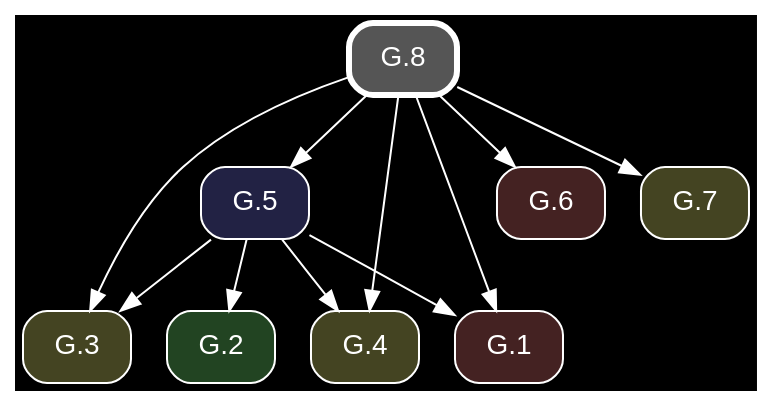
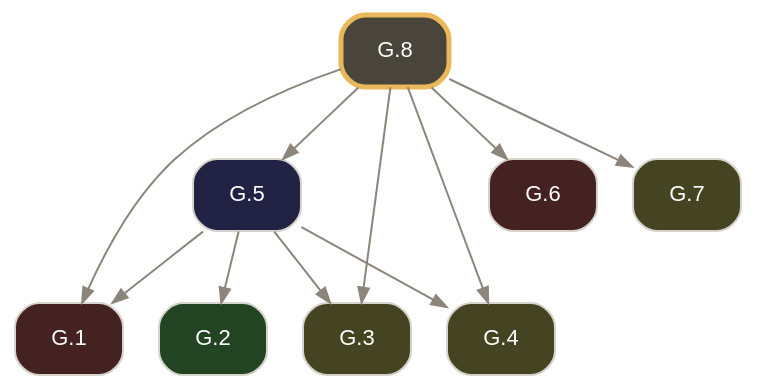
Before and after one commit to geometor/elements: the diagram in docsrc/elements2/G.8/index.rst, drawn with Graphviz. The commit also changed other lines of this file and 261 other files, not shown here.

Commit message:
feat: rebuild Elements 2.0 G-Index pipeline from composed Euclid Heath edition (v0.3.0)

```diff
--- a/docsrc/elements2/G.8/index.rst
+++ b/docsrc/elements2/G.8/index.rst
@@ -88,26 +81,26 @@
 .. graphviz::
 
    digraph {
-     bgcolor="black";
-     node [shape=box, style="rounded,filled", fontname="Helvetica", color="white", fontcolor="white"];
-     edge [color="white", fontcolor="white"];
+     bgcolor="transparent";
+     node [shape=box, style="rounded,filled", fontname="Helvetica", fontsize=11, color="#d6d3cd", fontcolor="#ffffff"];
+     edge [color="#8c857b", fontcolor="#8c857b", arrowsize=0.75];
      rankdir="TB";
-     "G.3" [label="G.3", fillcolor="#444422", URL="/elements2/G.3/", target="_top"];
-     "G.8" [label="G.8", penwidth=3, color="white", fillcolor="#555555", URL="/elements2/G.8/", target="_top"];
-     "G.5" [label="G.5", fillcolor="#222244", URL="/elements2/G.5/", target="_top"];
-     "G.2" [label="G.2", fillcolor="#224422", URL="/elements2/G.2/", target="_top"];
-     "G.6" [label="G.6", fillcolor="#442222", URL="/elements2/G.6/", target="_top"];
-     "G.4" [label="G.4", fillcolor="#444422", URL="/elements2/G.4/", target="_top"];
-     "G.1" [label="G.1", fillcolor="#442222", URL="/elements2/G.1/", target="_top"];
-     "G.7" [label="G.7", fillcolor="#444422", URL="/elements2/G.7/", target="_top"];
+     "G.1" [label="G.1", tooltip="G.1 (I.cn.1)", fillcolor="#442222", URL="../G.1/index.html", target="_top"];
+     "G.2" [label="G.2", tooltip="G.2 (I.def.15)", fillcolor="#224422", URL="../G.2/index.html", target="_top"];
+     "G.3" [label="G.3", tooltip="G.3 (I.post.1)", fillcolor="#444422", URL="../G.3/index.html", target="_top"];
+     "G.4" [label="G.4", tooltip="G.4 (I.post.3)", fillcolor="#444422", URL="../G.4/index.html", target="_top"];
+     "G.5" [label="G.5", tooltip="G.5 (I.1)", fillcolor="#222244", URL="../G.5/index.html", target="_top"];
+     "G.6" [label="G.6", tooltip="G.6 (I.cn.3)", fillcolor="#442222", URL="../G.6/index.html", target="_top"];
+     "G.7" [label="G.7", tooltip="G.7 (I.post.2)", fillcolor="#444422", URL="../G.7/index.html", target="_top"];
+     "G.8" [label="G.8", tooltip="G.8 (I.2)", penwidth=2.5, color="#e8b85a", fillcolor="#4a453b", URL="index.html", target="_top"];
+     "G.5" -> "G.1";
+     "G.8" -> "G.1";
+     "G.5" -> "G.2";
      "G.5" -> "G.3";
      "G.8" -> "G.3";
-     "G.8" -> "G.5";
-     "G.5" -> "G.2";
-     "G.8" -> "G.6";
      "G.5" -> "G.4";
      "G.8" -> "G.4";
-     "G.5" -> "G.1";
-     "G.8" -> "G.1";
+     "G.8" -> "G.5";
+     "G.8" -> "G.6";
      "G.8" -> "G.7";
    }
```
